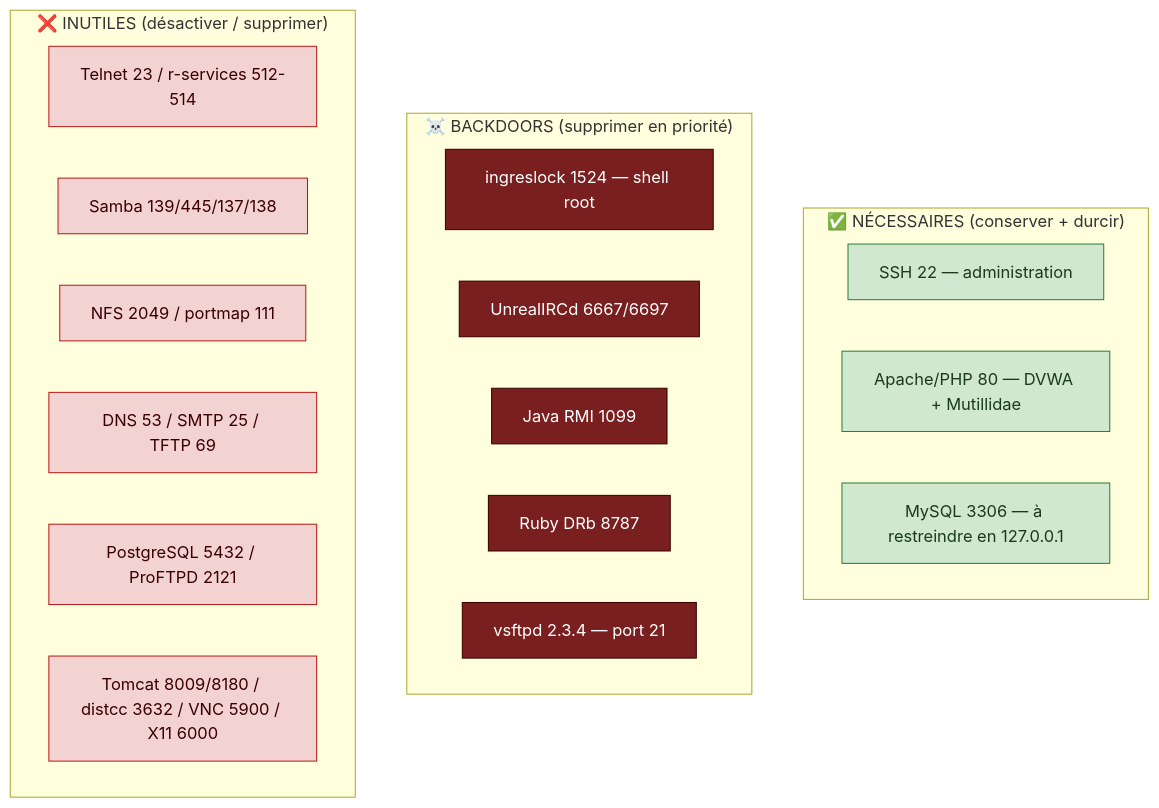
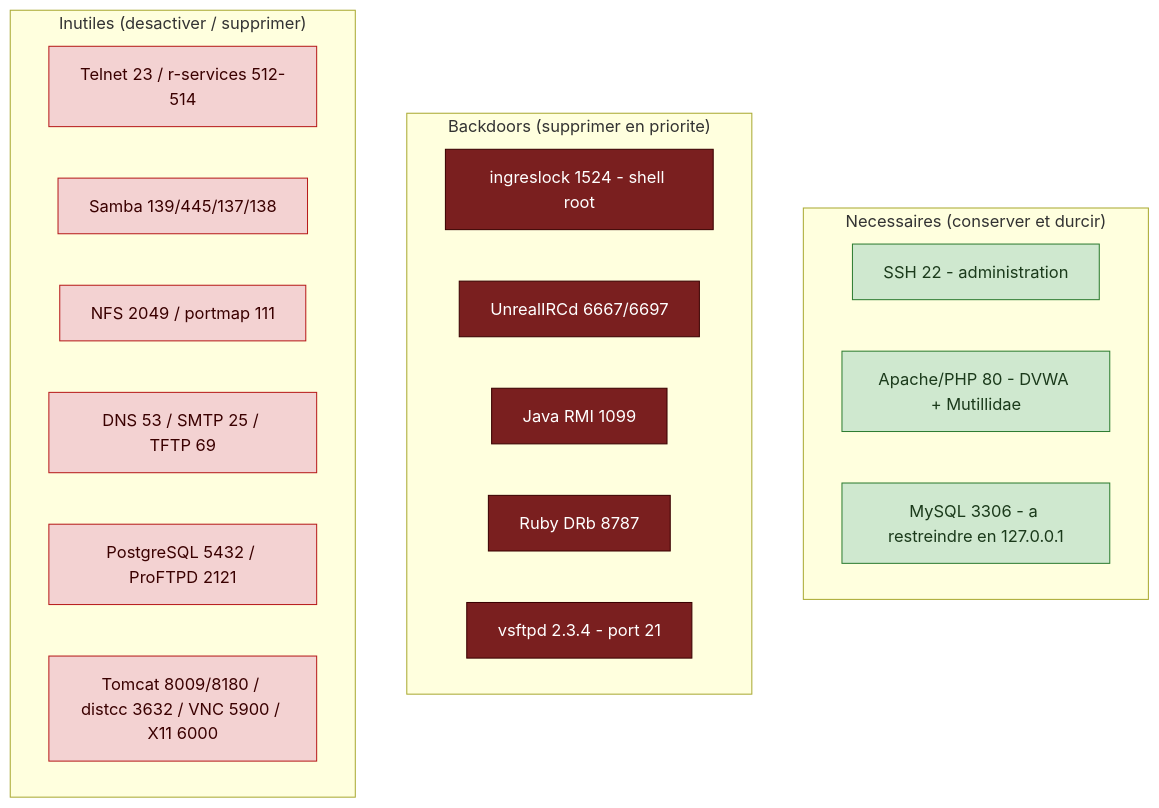
One commit to raianynov/Analyse-et-durcissement-serveur-linux changed the first of 3 diagrams in README.md. Above: the diagram before and after it, drawn with Mermaid. The commit also changed other lines of this file, not shown here.

````diff
--- a/README.md
+++ b/README.md
@@ -41,29 +53,29 @@
 ```mermaid
 flowchart TB
     classDef keep fill:#cfe8cf,stroke:#2e7d32,color:#1b3a1b;
     classDef drop fill:#f3d2d2,stroke:#b71c1c,color:#3a0000;
     classDef back fill:#7a1f1f,stroke:#3a0000,color:#ffffff;
 
-    subgraph NEED["✅ NÉCESSAIRES (conserver + durcir)"]
-        S22["SSH 22 — administration"]:::keep
-        S80["Apache/PHP 80 — DVWA + Mutillidae"]:::keep
-        S3306["MySQL 3306 — à restreindre en 127.0.0.1"]:::keep
+    subgraph NEED["Necessaires (conserver et durcir)"]
+        S22["SSH 22 - administration"]:::keep
+        S80["Apache/PHP 80 - DVWA + Mutillidae"]:::keep
+        S3306["MySQL 3306 - a restreindre en 127.0.0.1"]:::keep
     end
 
-    subgraph BACK["☠️ BACKDOORS (supprimer en priorité)"]
-        ING["ingreslock 1524 — shell root"]:::back
+    subgraph BACK["Backdoors (supprimer en priorite)"]
+        ING["ingreslock 1524 - shell root"]:::back
         IRC["UnrealIRCd 6667/6697"]:::back
         RMI["Java RMI 1099"]:::back
         DRB["Ruby DRb 8787"]:::back
-        VS["vsftpd 2.3.4 — port 21"]:::back
+        VS["vsftpd 2.3.4 - port 21"]:::back
     end
 
-    subgraph USELESS["❌ INUTILES (désactiver / supprimer)"]
+    subgraph USELESS["Inutiles (desactiver / supprimer)"]
         TEL["Telnet 23 / r-services 512-514"]:::drop
         SMB["Samba 139/445/137/138"]:::drop
         NFS["NFS 2049 / portmap 111"]:::drop
         DNS["DNS 53 / SMTP 25 / TFTP 69"]:::drop
         PG["PostgreSQL 5432 / ProFTPD 2121"]:::drop
         JAVA["Tomcat 8009/8180 / distcc 3632 / VNC 5900 / X11 6000"]:::drop
     end
 ```
````
